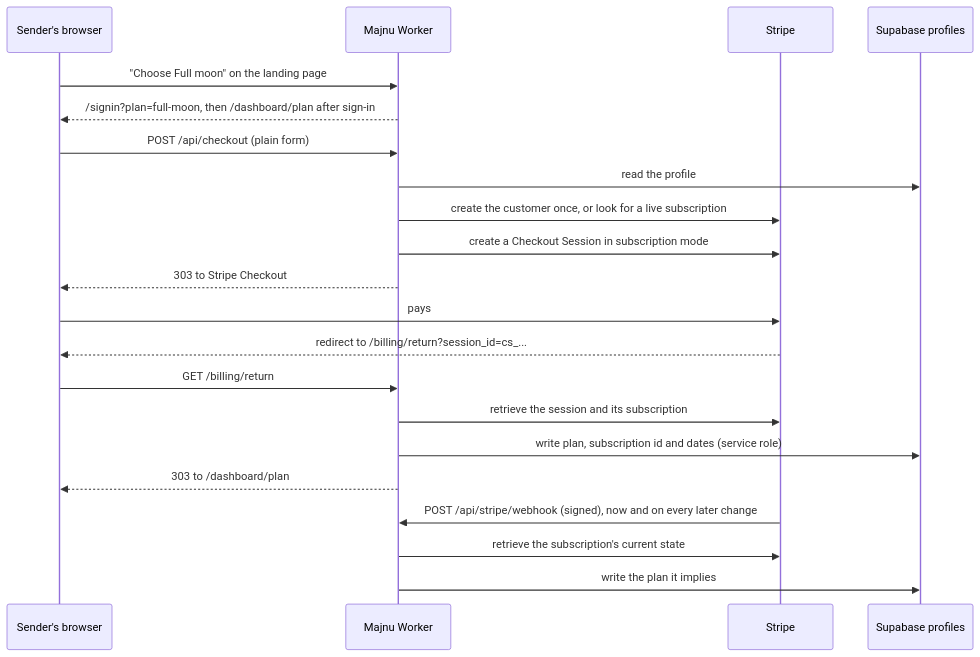
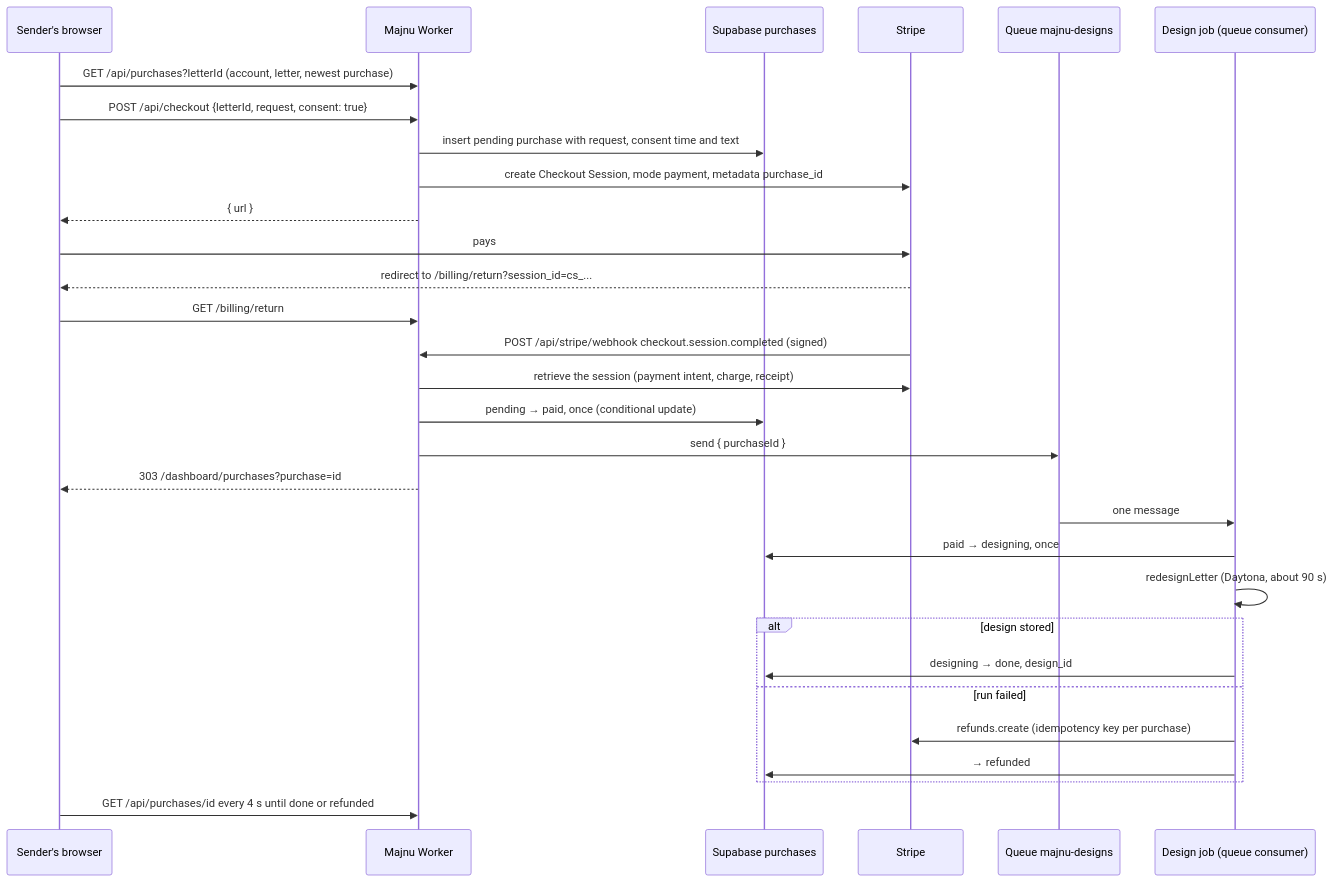
Before and after one commit to peresramirez/majnu: the diagram in docs/features/billing.md, drawn with Mermaid. The commit also changed other lines of this file and 11 other files, not shown here.

````diff
--- a/docs/features/billing.md
+++ b/docs/features/billing.md
@@ -11,23 +11,32 @@
 ```mermaid
 sequenceDiagram
   participant B as Sender's browser
   participant App as Majnu Worker
+  participant DB as Supabase purchases
   participant S as Stripe
-  participant DB as Supabase profiles
-  B->>App: "Choose Full moon" on the landing page
-  App-->>B: /signin?plan=full-moon, then /dashboard/plan after sign-in
-  B->>App: POST /api/checkout (plain form)
-  App->>DB: read the profile
-  App->>S: create the customer once, or look for a live subscription
-  App->>S: create a Checkout Session in subscription mode
-  App-->>B: 303 to Stripe Checkout
+  participant Q as Queue majnu-designs
+  participant J as Design job (queue consumer)
+  B->>App: GET /api/purchases?letterId (account, letter, newest purchase)
+  B->>App: POST /api/checkout {letterId, request, consent: true}
+  App->>DB: insert pending purchase with request, consent time and text
+  App->>S: create Checkout Session, mode payment, metadata purchase_id
+  App-->>B: { url }
   B->>S: pays
   S-->>B: redirect to /billing/return?session_id=cs_...
   B->>App: GET /billing/return
-  App->>S: retrieve the session and its subscription
-  App->>DB: write plan, subscription id and dates (service role)
-  App-->>B: 303 to /dashboard/plan
-  S->>App: POST /api/stripe/webhook (signed), now and on every later change
-  App->>S: retrieve the subscription's current state
-  App->>DB: write the plan it implies
+  S->>App: POST /api/stripe/webhook checkout.session.completed (signed)
+  App->>S: retrieve the session (payment intent, charge, receipt)
+  App->>DB: pending → paid, once (conditional update)
+  App->>Q: send { purchaseId }
+  App-->>B: 303 /dashboard/purchases?purchase=id
+  Q->>J: one message
+  J->>DB: paid → designing, once
+  J->>J: redesignLetter (Daytona, about 90 s)
+  alt design stored
+    J->>DB: designing → done, design_id
+  else run failed
+    J->>S: refunds.create (idempotency key per purchase)
+    J->>DB: → refunded
+  end
+  B->>App: GET /api/purchases/id every 4 s until done or refunded
 ```
````
